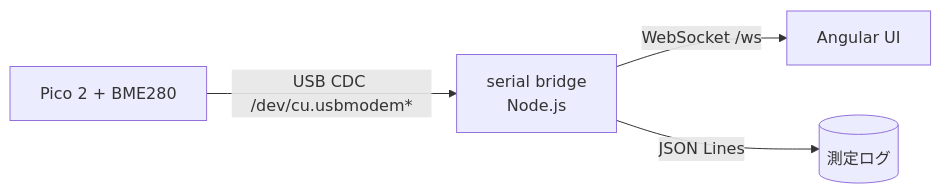
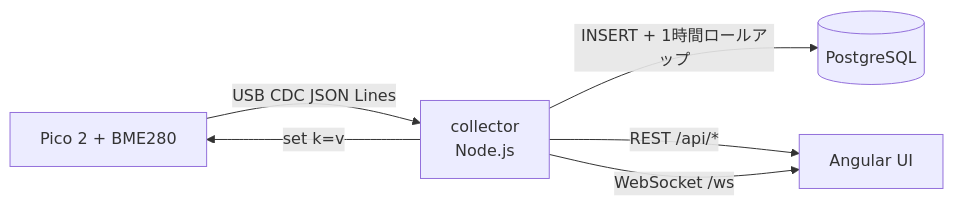
One commit to taakad/pico2-bme280-monitor changed the diagram in README.md. Above: the diagram before and after it, drawn with Mermaid. The commit also changed other lines of this file and 51 other files, not shown here.

First line of the commit message:
Add PostgreSQL history and the Angular dashboard/settings UI

````diff
--- a/README.md
+++ b/README.md
@@ -297,6 +382,8 @@
 ```mermaid
 graph LR
-    P[Pico 2 + BME280] -->|USB CDC /dev/cu.usbmodem*| B[serial bridge<br/>Node.js]
-    B -->|WebSocket /ws| U[Angular UI]
-    B -->|JSON Lines| D[(測定ログ)]
+    P[Pico 2 + BME280] -->|USB CDC JSON Lines| C[collector<br/>Node.js]
+    C -->|INSERT + 1時間ロールアップ| D[(PostgreSQL)]
+    C -->|REST /api/*| U[Angular UI]
+    C -->|WebSocket /ws| U
+    C -->|set k=v| P
 ```
````
